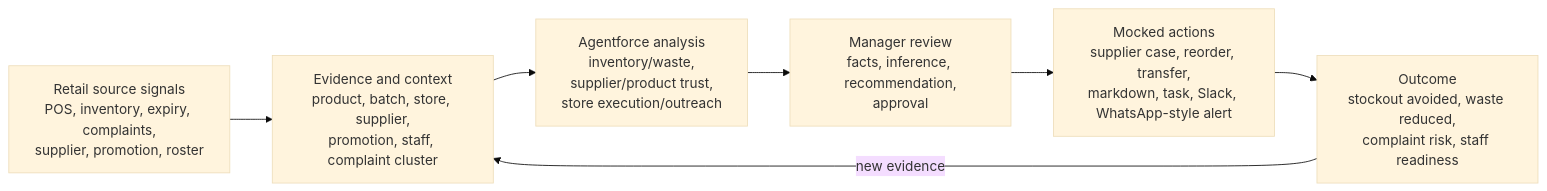
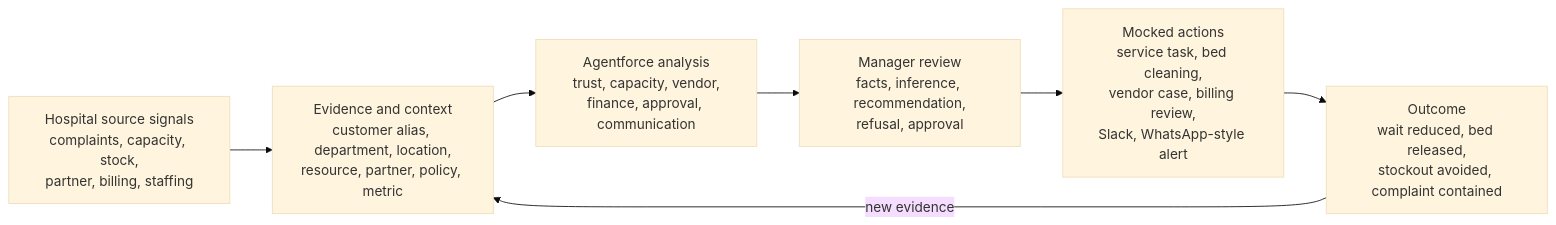
The first of 2 diagrams in docs/architecture.md (freeapikeys/HackathonSalesforce), drawn with Mermaid (base theme) before and after one commit. The commit also changed other lines of this file and 28 other files, not shown here.

````diff
--- a/docs/architecture.md
+++ b/docs/architecture.md
@@ -8,12 +10,12 @@
 ```mermaid
 flowchart LR
-    SOURCES["Retail source signals<br/>POS, inventory, expiry, complaints,<br/>supplier, promotion, roster"]
-    CONTEXT["Evidence and context<br/>product, batch, store, supplier,<br/>promotion, staff, complaint cluster"]
-    AGENTS["Agentforce analysis<br/>inventory/waste,<br/>supplier/product trust,<br/>store execution/outreach"]
-    REVIEW["Manager review<br/>facts, inference, recommendation,<br/>approval"]
-    ACTIONS["Mocked actions<br/>supplier case, reorder, transfer,<br/>markdown, task, Slack, WhatsApp-style alert"]
-    OUTCOME["Outcome<br/>stockout avoided, waste reduced,<br/>complaint risk, staff readiness"]
+    SOURCES["Hospital source signals<br/>complaints, capacity, stock,<br/>partner, billing, staffing"]
+    CONTEXT["Evidence and context<br/>customer alias, department, location,<br/>resource, partner, policy, metric"]
+    AGENTS["Agentforce analysis<br/>trust, capacity, vendor,<br/>finance, approval, communication"]
+    REVIEW["Manager review<br/>facts, inference, recommendation,<br/>refusal, approval"]
+    ACTIONS["Mocked actions<br/>service task, bed cleaning,<br/>vendor case, billing review,<br/>Slack, WhatsApp-style alert"]
+    OUTCOME["Outcome<br/>wait reduced, bed released,<br/>stockout avoided, complaint contained"]
 
     SOURCES --> CONTEXT --> AGENTS --> REVIEW --> ACTIONS --> OUTCOME
     OUTCOME -->|"new evidence"| CONTEXT
 ```
````
